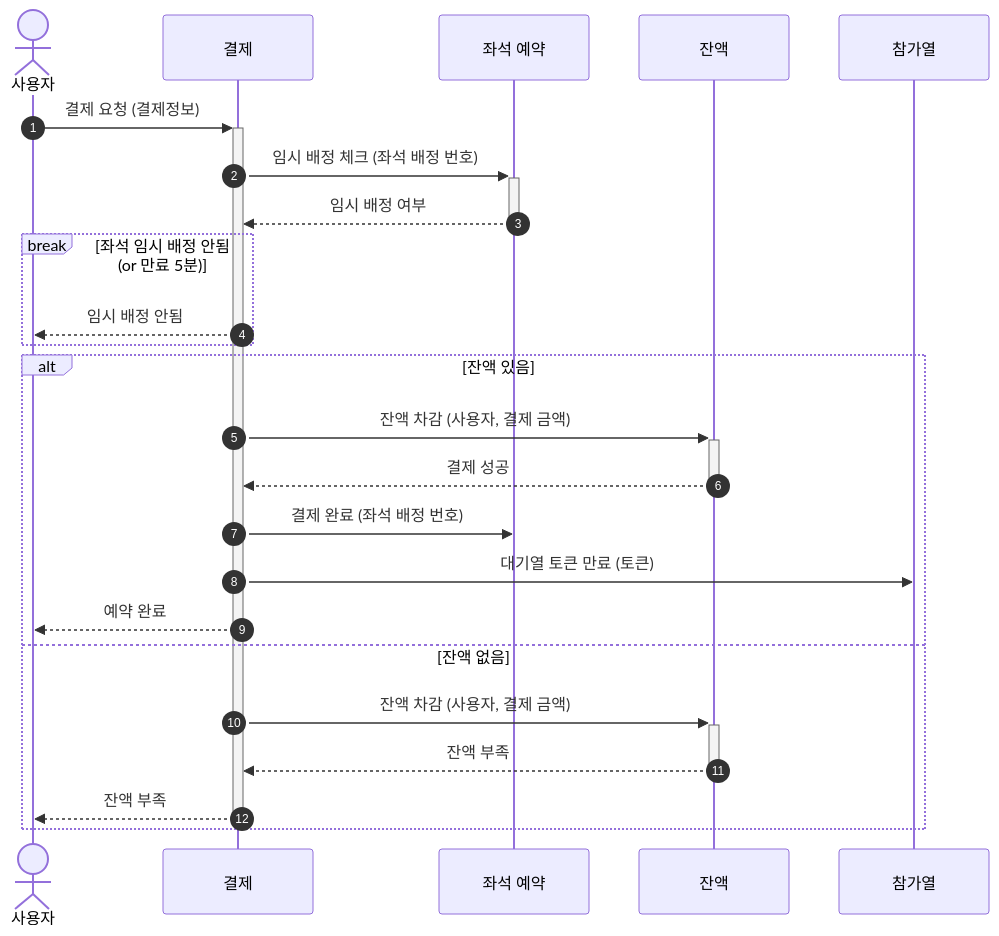
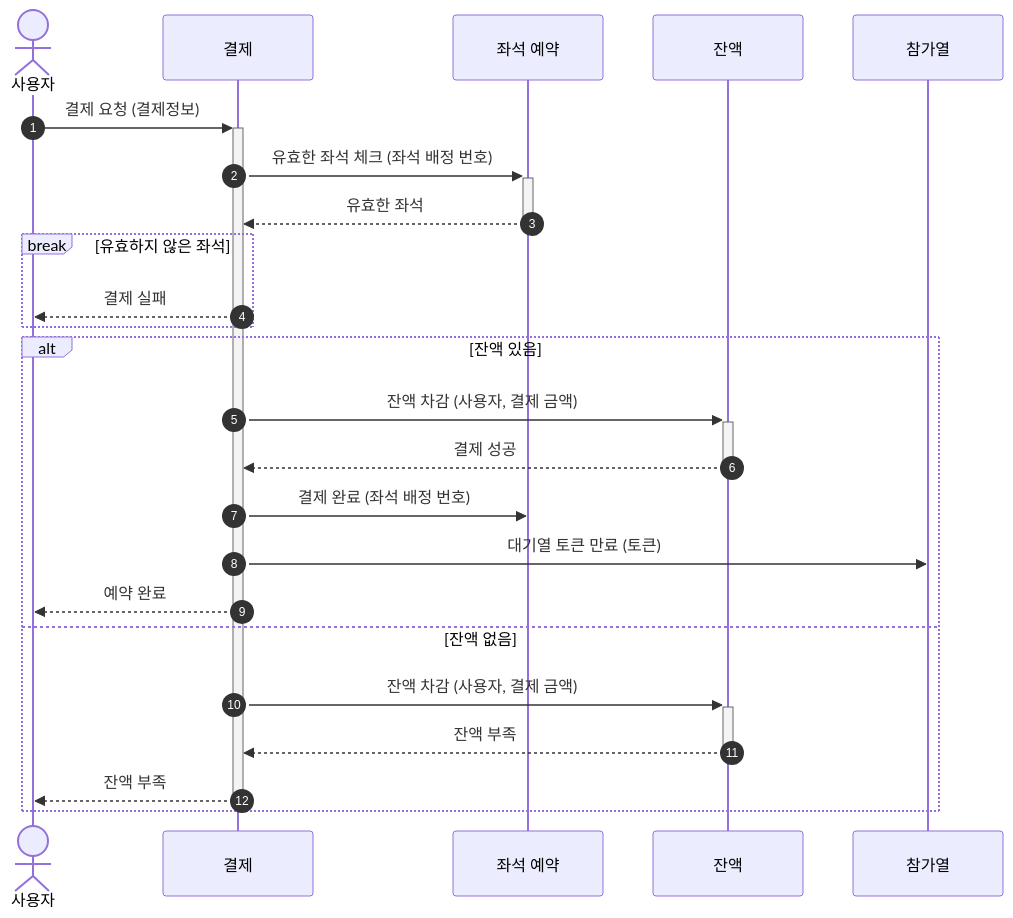
One commit to jo94kr/hhplus-03-server-construction changed the eighth of 10 diagrams in docs/SequenceDiagram.md. Above: the diagram before and after it, drawn with Mermaid. The commit also changed other lines of this file and 3 other files, not shown here.

First line of the commit message:
rebase docs: 프로젝트 아키텍쳐 추가, Seq diagram 결제 API 좌석 체크 누락 수정, ERD 좌석 상태 세분화

````diff
--- a/docs/SequenceDiagram.md
+++ b/docs/SequenceDiagram.md
@@ -120,22 +120,22 @@
 ```mermaid  
 sequenceDiagram
     autonumber
     actor 사용자
     사용자 ->>+ 결제: 결제 요청 (결제정보)
-    결제 ->>+ 좌석 예약: 임시 배정 체크 (좌석 배정 번호)
-    좌석 예약 -->>- 결제: 임시 배정 여부
-    break 좌석 임시 배정 안됨 (or 만료 5분)
-        결제 -->> 사용자: 임시 배정 안됨
+    결제 ->>+ 좌석 예약: 유효한 좌석 체크 (좌석 배정 번호)
+    좌석 예약 -->>- 결제: 유효한 좌석
+    break 유효하지 않은 좌석
+        결제 -->> 사용자: 결제 실패
     end
     alt 잔액 있음
         결제 ->>+ 잔액: 잔액 차감 (사용자, 결제 금액)
         잔액 -->>- 결제: 결제 성공
         결제 ->> 좌석 예약: 결제 완료 (좌석 배정 번호)
         결제 ->> 참가열: 대기열 토큰 만료 (토큰)
         결제 -->> 사용자: 예약 완료
     else 잔액 없음
         결제 ->>+ 잔액: 잔액 차감 (사용자, 결제 금액)
         잔액 -->>- 결제: 잔액 부족
         결제 -->>- 사용자: 잔액 부족
     end  
 ```
````
